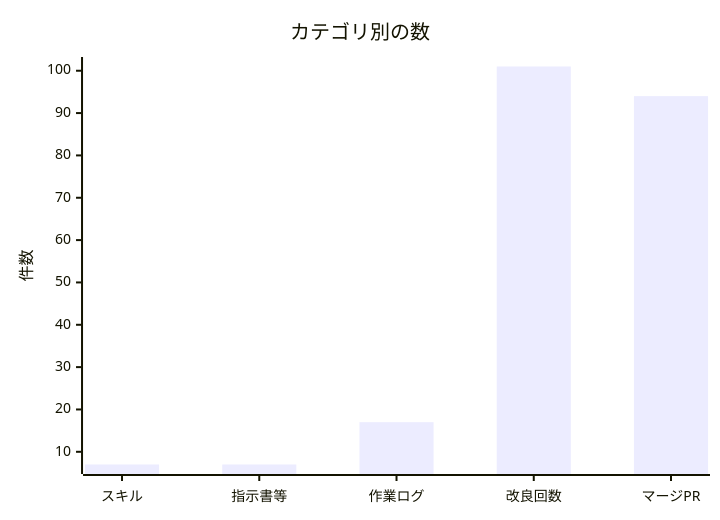
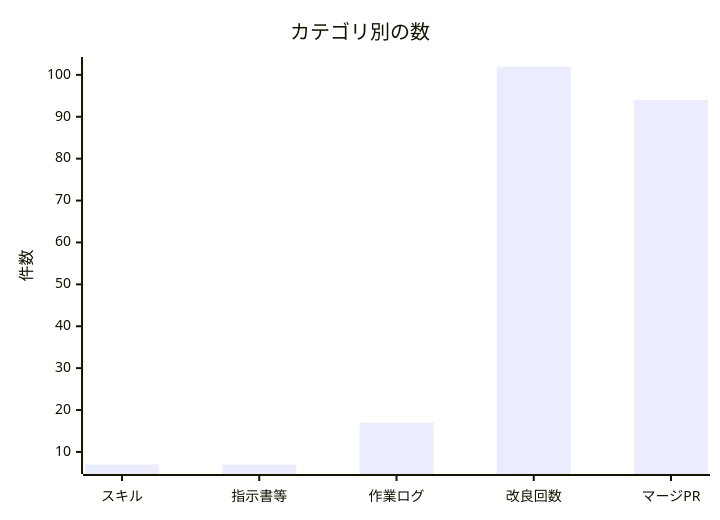
Before and after one commit to non-x2/non-x2: the second of 2 diagrams in docs/進化レポート.md, drawn with Mermaid. The commit also changed other lines of this file and 3 other files, not shown here.

````diff
--- a/docs/進化レポート.md
+++ b/docs/進化レポート.md
@@ -33,7 +33,7 @@
 ```mermaid
 xychart-beta
     title "カテゴリ別の数"
     x-axis ["スキル", "指示書等", "作業ログ", "改良回数", "マージPR"]
     y-axis "件数"
-    bar [7, 7, 17, 101, 94]
+    bar [7, 7, 17, 102, 94]
 ```
````
